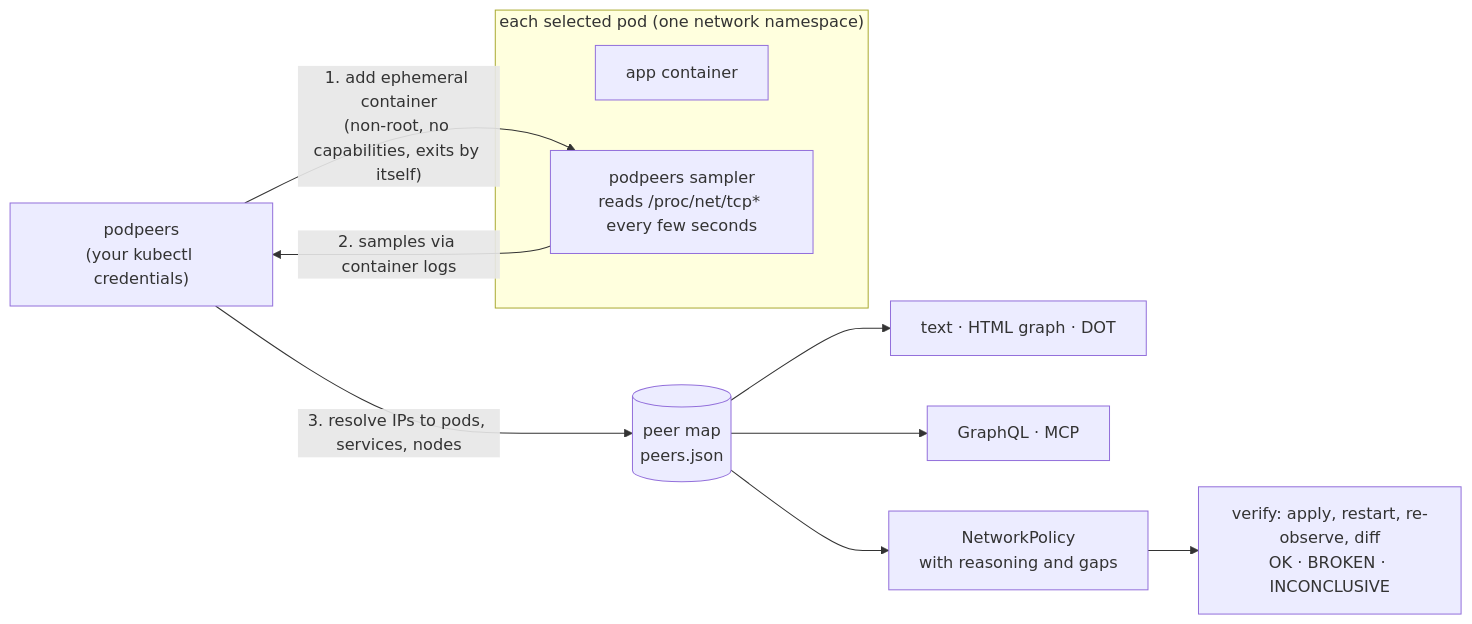
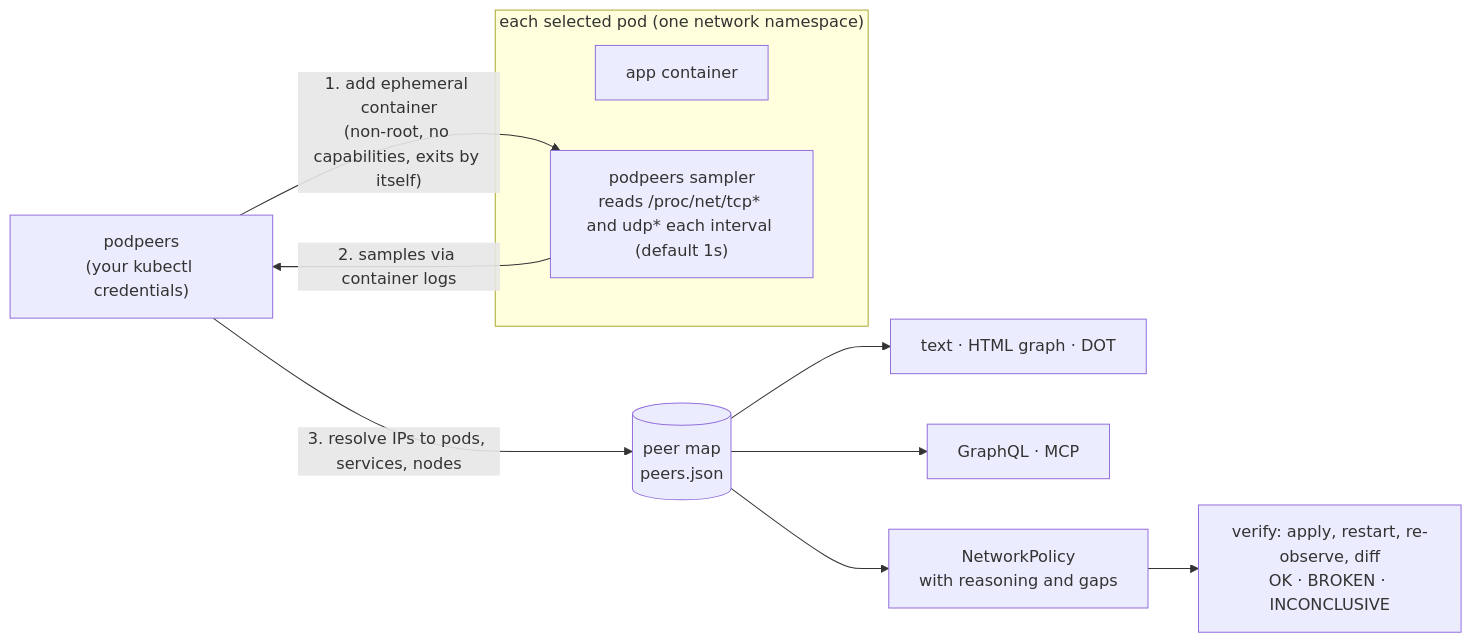
One commit to terraboops/podpeers changed the diagram in README.md. Above: the diagram before and after it, drawn with Mermaid. The commit also changed other lines of this file and 9 other files, not shown here.

````diff
--- a/README.md
+++ b/README.md
@@ -113,21 +113,21 @@
 ```mermaid
 flowchart LR
   cli["podpeers<br/>(your kubectl credentials)"]
   subgraph target["each selected pod (one network namespace)"]
     app["app container"]
-    sampler["podpeers sampler<br/>reads /proc/net/tcp* every few seconds"]
+    sampler["podpeers sampler<br/>reads /proc/net/tcp* and udp* each interval (default 1s)"]
   end
   peermap[("peer map<br/>peers.json")]
   views["text · HTML graph · DOT"]
   query["GraphQL · MCP"]
   suggest["NetworkPolicy<br/>with reasoning and gaps"]
   verify["verify: apply, restart, re-observe, diff<br/>OK · BROKEN · INCONCLUSIVE"]
 
   cli -->|"1. add ephemeral container<br/>(non-root, no capabilities, exits by itself)"| sampler
   sampler -->|"2. samples via container logs"| cli
   cli -->|"3. resolve IPs to pods, services, nodes"| peermap
   peermap --> views
   peermap --> query
   peermap --> suggest
   suggest --> verify
 ```
````
